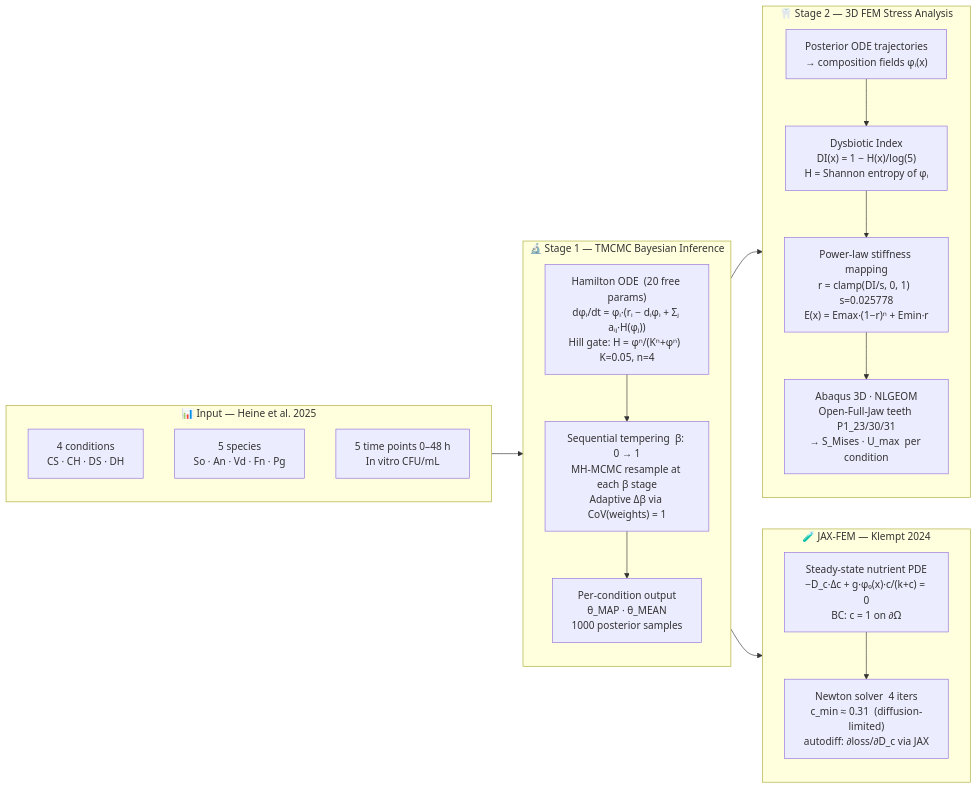
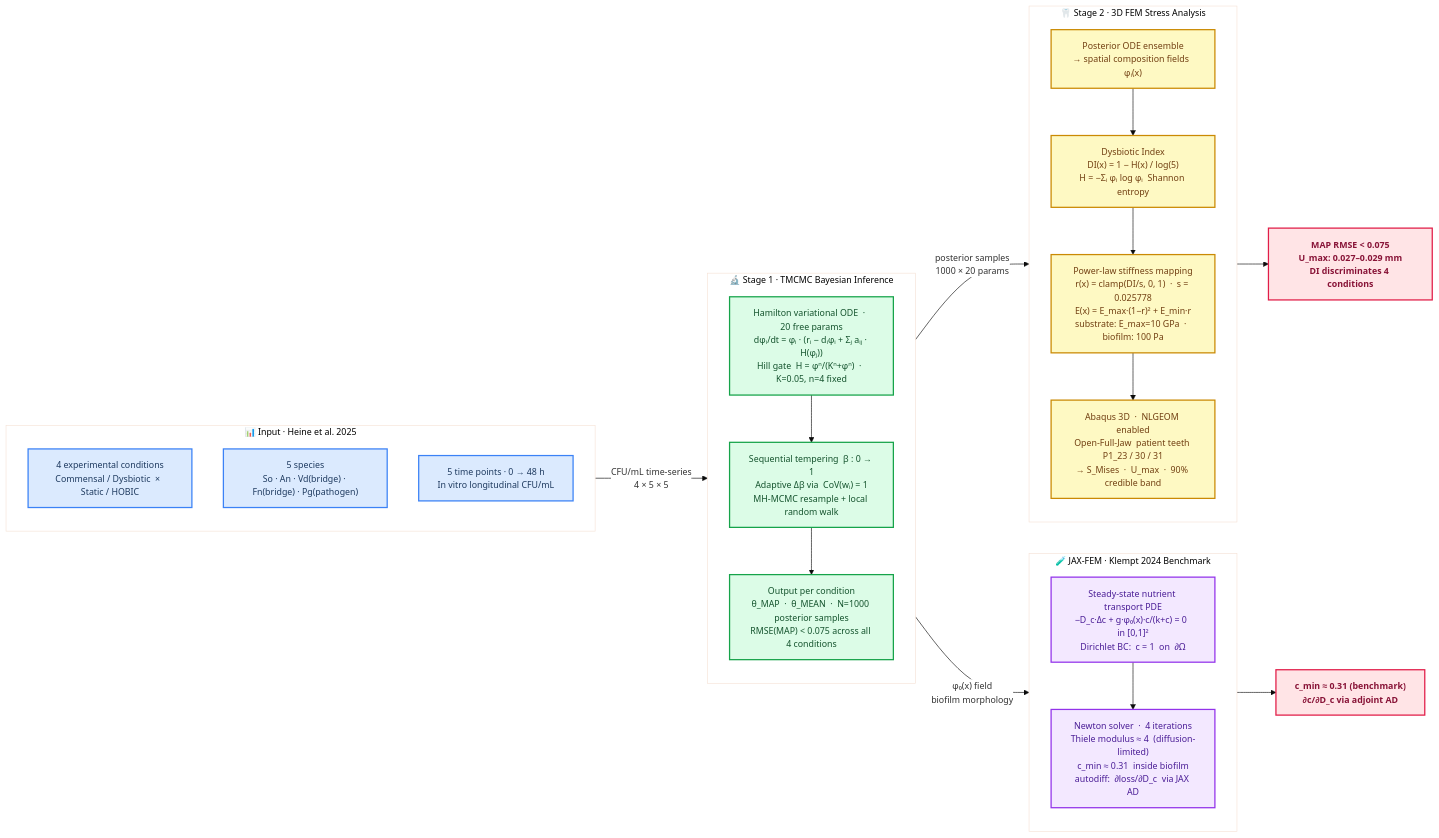
One commit to keisuke58/Tmcmc202601 changed the diagram in README.md. Above: the diagram before and after it, drawn with Mermaid. The commit also changed other lines of this file, not shown here.

Commit message:
docs: redesign Mermaid pipeline with color styling and output nodes
- Switch to %%{init}%% base theme for full color control
- Add classDef color coding:
  inp=blue  tmcmc=green  fem=amber  jax=purple  out=red
- Add output nodes (RFEM, RJAX) showing quantitative results
- Add labeled edges with data types (CFU/mL · 1000×20 · φ₀(x))
- Expand node content: Shannon entropy formula, E_max/E_min values,
  Thiele modulus, adjoint autodiff, credible band
- Improve spacing and comments for readability

````diff
--- a/README.md
+++ b/README.md
@@ -27,37 +41,56 @@
 ```mermaid
+%%{init: {"theme": "base", "themeVariables": {"primaryColor": "#f0f9ff", "edgeLabelBackground": "#ffffff", "fontSize": "14px"}}}%%
 flowchart LR
-    subgraph INPUT["📊 Input — Heine et al. 2025"]
+
+    classDef inp    fill:#dbeafe,stroke:#3b82f6,stroke-width:2px,color:#1e3a5f
+    classDef tmcmc  fill:#dcfce7,stroke:#16a34a,stroke-width:2px,color:#14532d
+    classDef fem    fill:#fef9c3,stroke:#ca8a04,stroke-width:2px,color:#713f12
+    classDef jax    fill:#f3e8ff,stroke:#9333ea,stroke-width:2px,color:#4a1d96
+    classDef out    fill:#ffe4e6,stroke:#e11d48,stroke-width:2px,color:#881337,font-weight:bold
+
+    %% ── Input ──────────────────────────────────────────────────────────────
+    subgraph INPUT["📊  Input  ·  Heine et al. 2025"]
         direction TB
-        I1["4 conditions\nCS · CH · DS · DH"]
-        I2["5 species\nSo · An · Vd · Fn · Pg"]
-        I3["5 time points  0–48 h\nIn vitro CFU/mL"]
+        I1["4 experimental conditions\nCommensal / Dysbiotic  ×  Static / HOBIC"]:::inp
+        I2["5 species\nSo · An · Vd(bridge) · Fn(bridge) · Pg(pathogen)"]:::inp
+        I3["5 time points  ·  0 → 48 h\nIn vitro longitudinal  CFU/mL"]:::inp
     end
 
-    subgraph TMCMC["🔬 Stage 1 — TMCMC Bayesian Inference"]
+    %% ── Stage 1: TMCMC ─────────────────────────────────────────────────────
+    subgraph TMCMC["🔬  Stage 1  ·  TMCMC Bayesian Inference"]
         direction TB
-        T1["Hamilton ODE  (20 free params)\ndφᵢ/dt = φᵢ·(rᵢ − dᵢφᵢ + Σⱼ aᵢⱼ·H(φⱼ))\nHill gate: H = φⁿ/(Kⁿ+φⁿ)  K=0.05, n=4"]
-        T2["Sequential tempering  β: 0 → 1\nMH-MCMC resample at each β stage\nAdaptive Δβ via CoV(weights) = 1"]
-        T3["Per-condition output\nθ_MAP · θ_MEAN\n1000 posterior samples"]
+        T1["Hamilton variational ODE  ·  20 free params\ndφᵢ/dt = φᵢ · (rᵢ − dᵢφᵢ + Σⱼ aᵢⱼ · H(φⱼ))\nHill gate  H = φⁿ/(Kⁿ+φⁿ)  ·  K=0.05, n=4 fixed"]:::tmcmc
+        T2["Sequential tempering  β : 0 → 1\nAdaptive Δβ via  CoV(wᵢ) = 1\nMH-MCMC resample + local random walk"]:::tmcmc
+        T3["Output per condition\nθ_MAP  ·  θ_MEAN  ·  N=1000 posterior samples\nRMSE(MAP) < 0.075 across all 4 conditions"]:::tmcmc
         T1 --> T2 --> T3
     end
 
-    subgraph FEM["🦷 Stage 2 — 3D FEM Stress Analysis"]
+    %% ── Stage 2: FEM ────────────────────────────────────────────────────────
+    subgraph FEM["🦷  Stage 2  ·  3D FEM Stress Analysis"]
         direction TB
-        F1["Posterior ODE trajectories\n→ composition fields φᵢ(x)"]
-        F2["Dysbiotic Index\nDI(x) = 1 − H(x)/log(5)\nH = Shannon entropy of φᵢ"]
-        F3["Power-law stiffness mapping\nr = clamp(DI/s, 0, 1)  s=0.025778\nE(x) = Emax·(1−r)ⁿ + Emin·r"]
-        F4["Abaqus 3D · NLGEOM\nOpen-Full-Jaw teeth P1_23/30/31\n→ S_Mises · U_max  per condition"]
+        F1["Posterior ODE ensemble\n→ spatial composition fields  φᵢ(x)"]:::fem
+        F2["Dysbiotic Index\nDI(x) = 1 − H(x) / log(5)\nH = −Σᵢ φᵢ log φᵢ  Shannon entropy"]:::fem
+        F3["Power-law stiffness mapping\nr(x) = clamp(DI/s, 0, 1)  ·  s = 0.025778\nE(x) = E_max·(1−r)² + E_min·r\nsubstrate: E_max=10 GPa  ·  biofilm: 100 Pa"]:::fem
+        F4["Abaqus 3D  ·  NLGEOM enabled\nOpen-Full-Jaw  patient teeth P1_23 / 30 / 31\n→ S_Mises  ·  U_max  ·  90% credible band"]:::fem
         F1 --> F2 --> F3 --> F4
     end
 
-    subgraph JAXFEM["🧪 JAX-FEM — Klempt 2024"]
+    %% ── JAX-FEM sidechain ───────────────────────────────────────────────────
+    subgraph JAXFEM["🧪  JAX-FEM  ·  Klempt 2024 Benchmark"]
         direction TB
-        J1["Steady-state nutrient PDE\n−D_c·Δc + g·φ₀(x)·c/(k+c) = 0\nBC: c = 1 on ∂Ω"]
-        J2["Newton solver  4 iters\nc_min ≈ 0.31  (diffusion-limited)\nautodiff: ∂loss/∂D_c via JAX"]
+        J1["Steady-state nutrient transport PDE\n−D_c·Δc + g·φ₀(x)·c/(k+c) = 0  in [0,1]²\nDirichlet BC:  c = 1  on  ∂Ω"]:::jax
+        J2["Newton solver  ·  4 iterations\nThiele modulus ≈ 4  (diffusion-limited)\nc_min ≈ 0.31  inside biofilm\nautodiff:  ∂loss/∂D_c  via JAX AD"]:::jax
         J1 --> J2
     end
 
-    INPUT  --> TMCMC
-    TMCMC  --> FEM
-    TMCMC  --> JAXFEM
+    %% ── Outputs ─────────────────────────────────────────────────────────────
+    RFEM["MAP RMSE < 0.075\nU_max: 0.027–0.029 mm\nDI discriminates 4 conditions"]:::out
+    RJAX["c_min ≈ 0.31  (benchmark)\n∂c/∂D_c  via adjoint AD"]:::out
+
+    %% ── Edges ───────────────────────────────────────────────────────────────
+    INPUT  -->|"CFU/mL time-series\n4 × 5 × 5"| TMCMC
+    TMCMC  -->|"posterior samples\n1000 × 20 params"| FEM
+    TMCMC  -->|"φ₀(x) field\nbiofilm morphology"| JAXFEM
+    FEM    --> RFEM
+    JAXFEM --> RJAX
 ```
````
